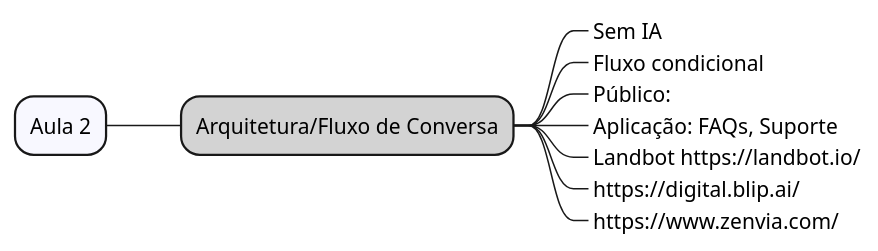
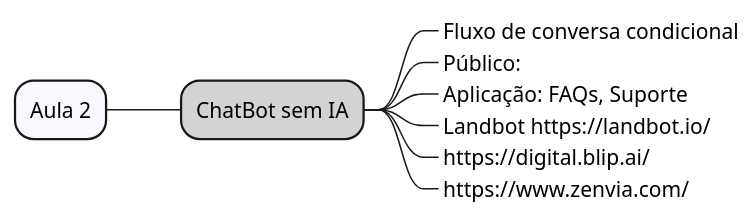
The diagram in docs/src/aula2.wsd (acnaweb/chatbot), drawn with PlantUML before and after one commit. The commit also changed 3 other files, not shown here.

```diff
--- a/docs/src/aula2.wsd
+++ b/docs/src/aula2.wsd
@@ -1,18 +1,16 @@
 @startmindmap
 
 *[#F8F8FF] Aula 2
 
-**[#LightGray] Arquitetura/Fluxo de Conversa
+**[#LightGray] ChatBot sem IA
 
-***_ Sem IA
-***_ Fluxo condicional
+***_ Fluxo de conversa condicional
 ***_ Público: 
 ***_ Aplicação: FAQs, Suporte
 ***_ Landbot https://landbot.io/
 ***_ https://digital.blip.ai/
 ***_ https://www.zenvia.com/
 
 left side
 
-
 @endmindmap
```
